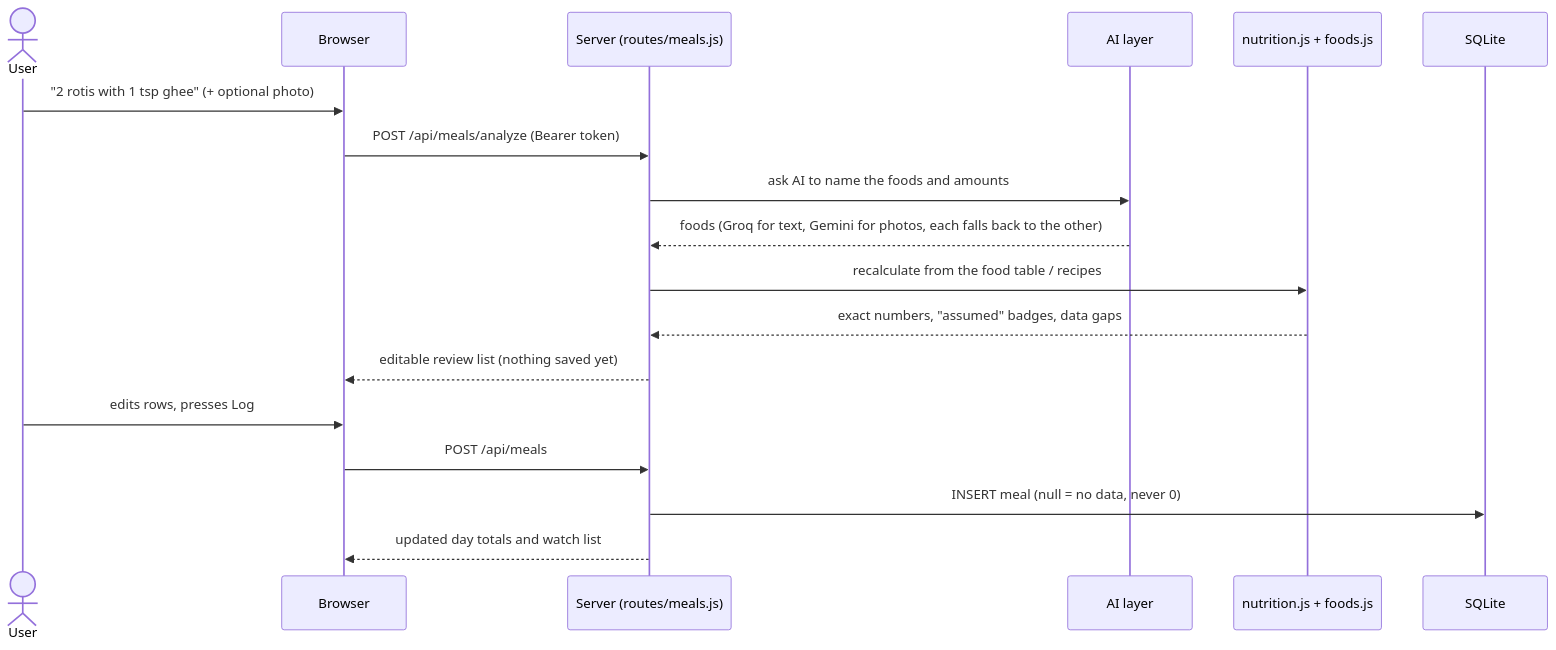
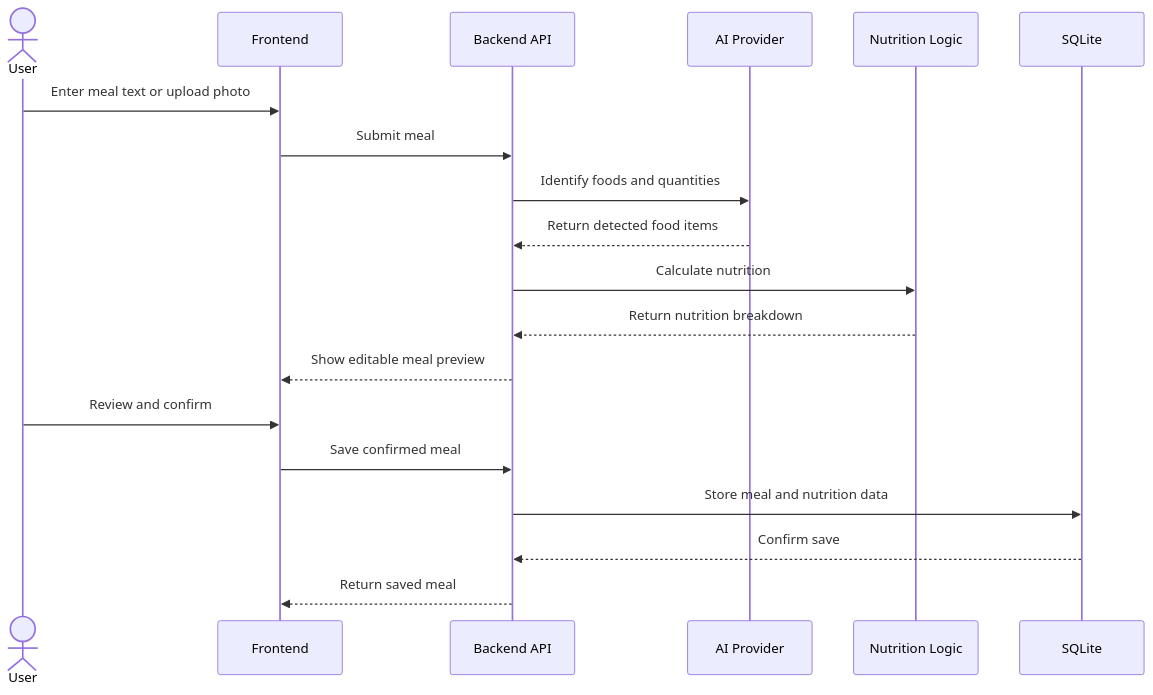
One commit to sahithi-kanjarla/nutrisense2 changed the second of 4 diagrams in README.md. Above: the diagram before and after it, drawn with Mermaid. The commit also changed other lines of this file, not shown here.

````diff
--- a/README.md
+++ b/README.md
@@ -55,21 +41,22 @@
 ```mermaid
 sequenceDiagram
-  actor U as User
-  participant B as Browser
-  participant S as Server (routes/meals.js)
-  participant A as AI layer
-  participant N as nutrition.js + foods.js
-  participant D as SQLite
+    actor User
+    participant UI as Frontend
+    participant API as Backend API
+    participant AI as AI Provider
+    participant N as Nutrition Logic
+    participant DB as SQLite
 
-  U->>B: "2 rotis with 1 tsp ghee" (+ optional photo)
-  B->>S: POST /api/meals/analyze (Bearer token)
-  S->>A: ask AI to name the foods and amounts
-  A-->>S: foods (Groq for text, Gemini for photos, each falls back to the other)
-  S->>N: recalculate from the food table / recipes
-  N-->>S: exact numbers, "assumed" badges, data gaps
-  S-->>B: editable review list (nothing saved yet)
-  U->>B: edits rows, presses Log
-  B->>S: POST /api/meals
-  S->>D: INSERT meal (null = no data, never 0)
-  S-->>B: updated day totals and watch list
+    User->>UI: Enter meal text or upload photo
+    UI->>API: Submit meal
+    API->>AI: Identify foods and quantities
+    AI-->>API: Return detected food items
+    API->>N: Calculate nutrition
+    N-->>API: Return nutrition breakdown
+    API-->>UI: Show editable meal preview
+    User->>UI: Review and confirm
+    UI->>API: Save confirmed meal
+    API->>DB: Store meal and nutrition data
+    DB-->>API: Confirm save
+    API-->>UI: Return saved meal
 ```
````
